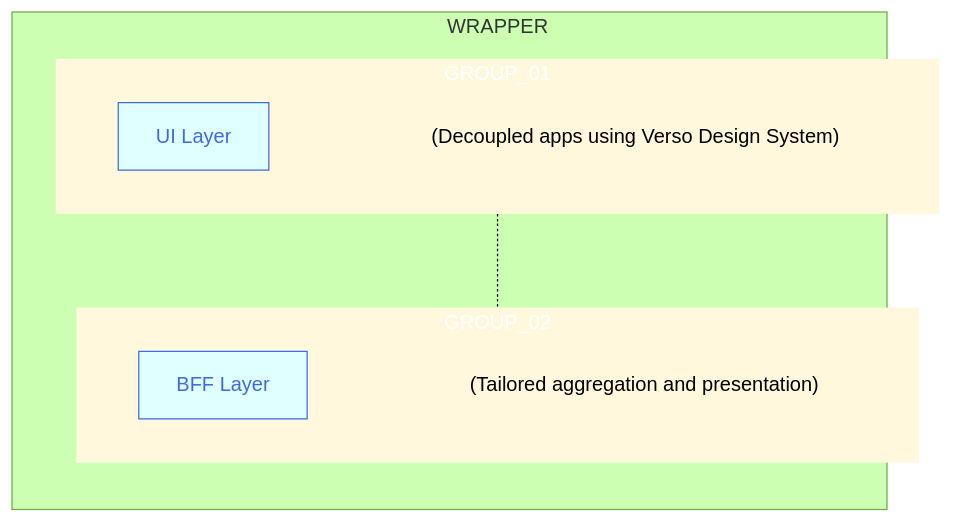
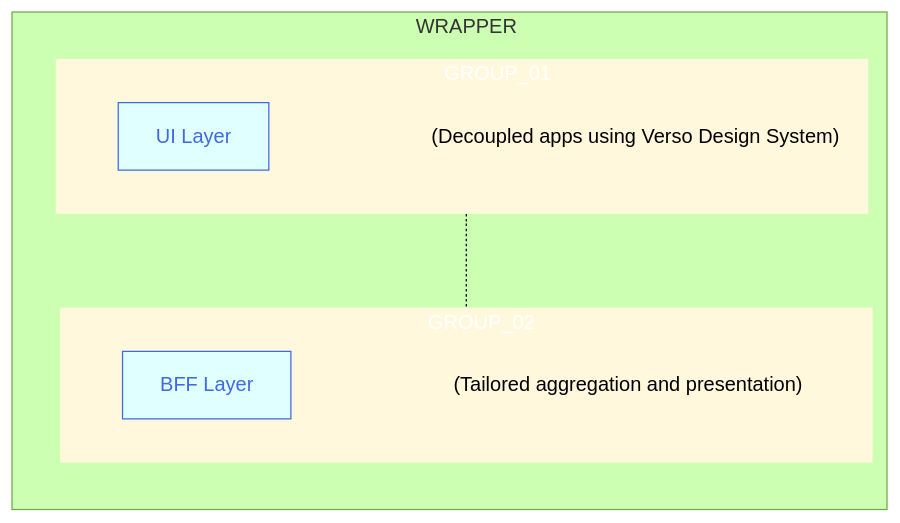
The diagram in buttons_mermaid_v5.md (joe-dorward/samples), drawn with Mermaid (forest theme) before and after one commit.

````diff
--- a/buttons_mermaid_v5.md
+++ b/buttons_mermaid_v5.md
@@ -3,47 +3,47 @@
 ```mermaid
   %%{
     init: {
       "flowchart": { "markdownAutoWrap":"false", "textWrap":"false", "textAlign":"left", "wrappingWidth": "100%" }
     }
   }%%
   flowchart TD
 
   classDef Button fill:lightcyan, stroke:royalblue, color:royalblue;
   classDef Note fill:transparent, stroke-width:0px
   %% ---------- ---------- ---------- ---------- ---------- ---------- ---------- ---------- ---------- ----------
 subgraph WRAPPER
   direction TD
 
   subgraph GROUP_01
     %%direction LR
 
     BUTTON_01_NOTE["(Decoupled apps using Verso Design System)"]:::Note
     BUTTON_01["UI Layer"]:::Button
     click BUTTON_01 "https://en.wikipedia.org/wiki/Main_Page" _blank
 
     BUTTON_01~~~
     BUTTON_01_NOTE
   end
   %% ---------- ---------- ---------- ---------- ---------- ---------- ---------- ---------- ---------- ----------
   subgraph GROUP_02
     %%direction LR
 
     BUTTON_02_NOTE["(Tailored aggregation and presentation)"]:::Note
     BUTTON_02["BFF Layer"]:::Button
     click BUTTON_02 "https://en.wikipedia.org/wiki/Main_Page" _blank
 
     BUTTON_02~~~
     BUTTON_02_NOTE
   end
 end
   %% ---------- ---------- ---------- ---------- ---------- ---------- ---------- ---------- ---------- ----------
 
 GROUP_01-.-GROUP_02
 
 %%BUTTON_01-->BUTTON_02
 
-  style GROUP_01 fill:cornsilk, color:white, stroke-width:0px
-  style GROUP_02 fill:cornsilk, color:white, stroke-width:0px
+  style GROUP_01 fill:cornsilk, color:white, stroke-width:0px, width:650px
+  style GROUP_02 fill:cornsilk, color:white, stroke-width:0px, width:650px
 
-  style WRAPPER width: 700px
+  style WRAPPER width:700px
 ```
````
